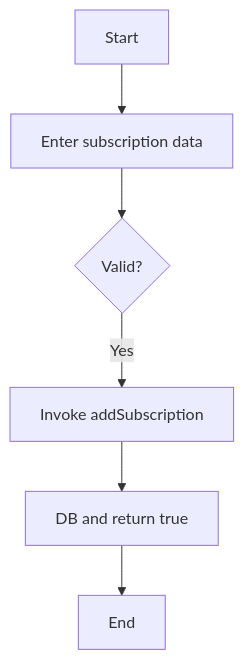
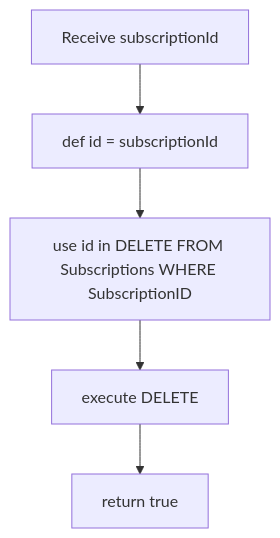
Diagram 14 of 20 in TESTING.md (HashirOwais/NextPay-Subscription_Simplifed), drawn with Mermaid before and after one commit. The commit also changed other lines of this file, not shown here.

````diff
--- a/TESTING.md
+++ b/TESTING.md
@@ -289,8 +340,8 @@
 ```mermaid
 flowchart TD
-  Start --> Input[Enter subscription data]
-  Input --> Check{Valid?}
-  Check -- Yes --> Save[Invoke addSubscription]
-  Save --> Verify[DB and return true]
-  Verify --> End
+  A[Receive subscriptionId]
+  A --> B[def id = subscriptionId]
+  B --> C[use id in DELETE FROM Subscriptions WHERE SubscriptionID]
+  C --> D[execute DELETE]
+  D --> E[return true]
 ```
````
